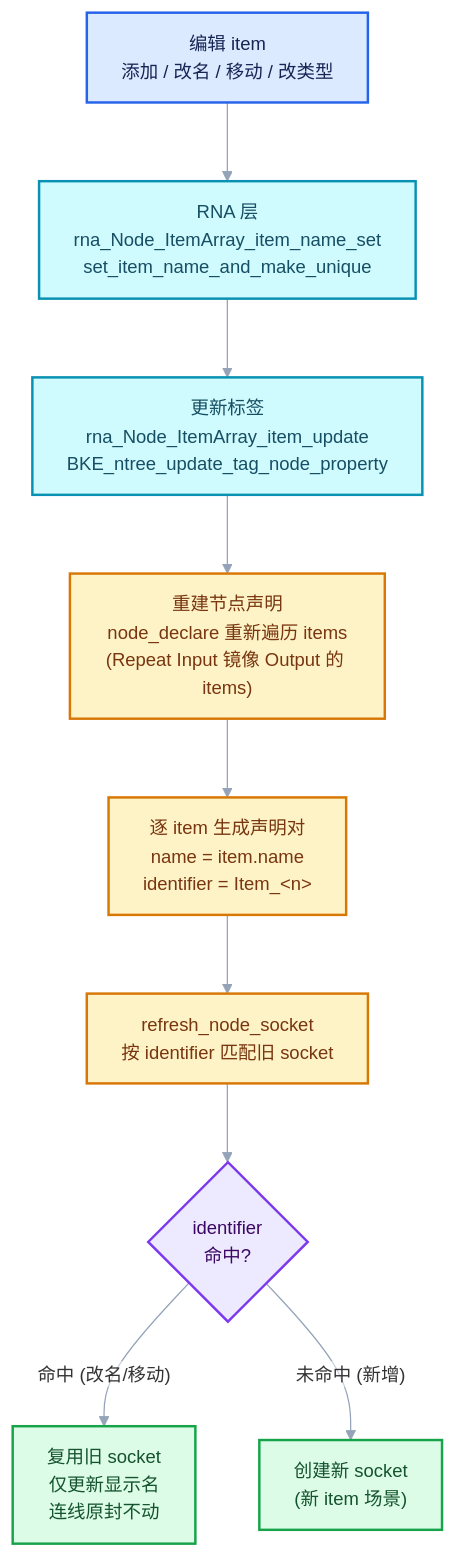
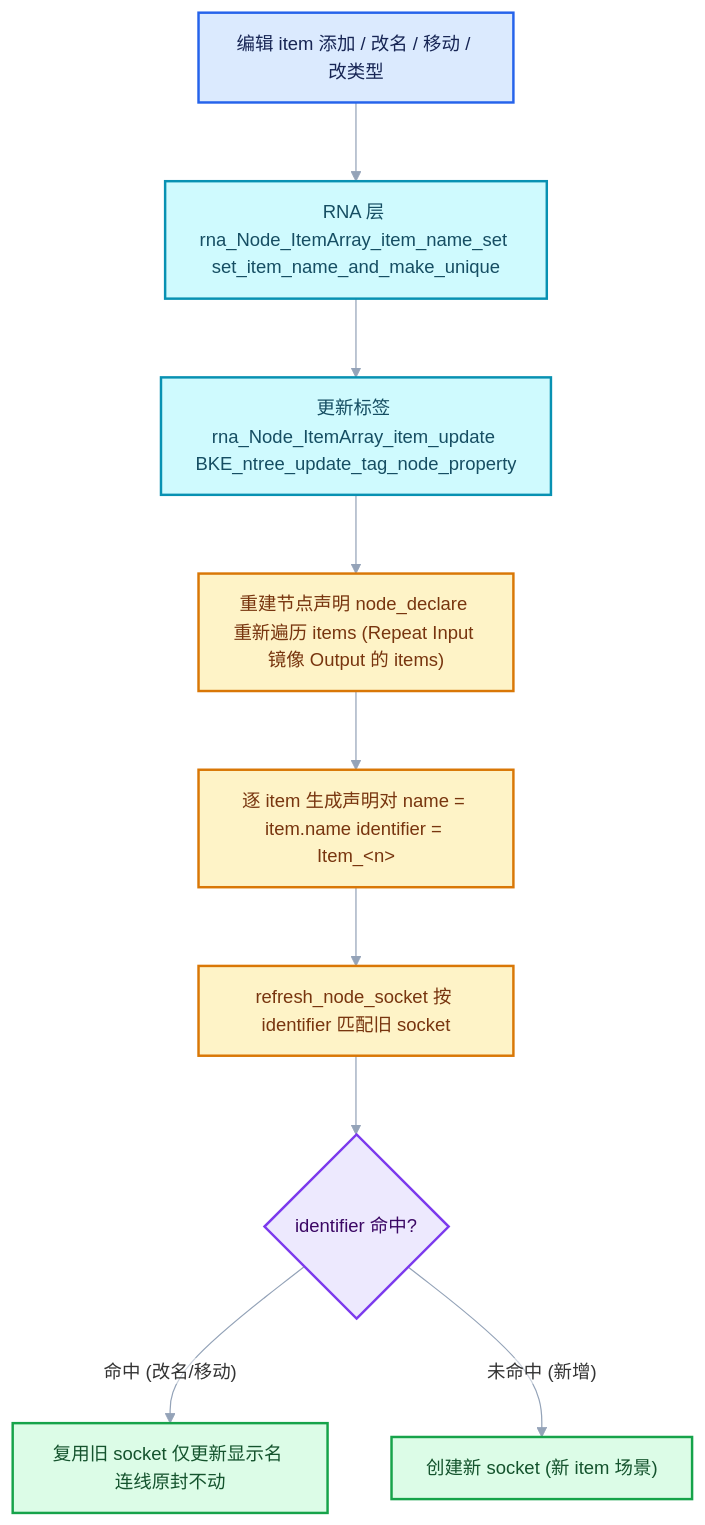
The first of 3 diagrams in 杂/markdown/重复区域-dsh/01-Zone系统基础/02-Zone输入输出与bundle迁移语义.md (yunkezengren/blender-.vscode), drawn with Mermaid before and after one commit. The commit also changed other lines of this file and 27 other files, not shown here.

````diff
--- a/杂/markdown/重复区域-dsh/01-Zone系统基础/02-Zone输入输出与bundle迁移语义.md
+++ b/杂/markdown/重复区域-dsh/01-Zone系统基础/02-Zone输入输出与bundle迁移语义.md
@@ -614,27 +605,27 @@
 ```mermaid
 %%{init: {"theme":"base","themeVariables":{"fontFamily":"\"Segoe UI\",\"Microsoft YaHei\",sans-serif","fontSize":"15px","lineColor":"#94A3B8","edgeLabelBackground":"#FFFFFF","clusterBkg":"#F8FAFC","clusterBorder":"#CBD5E1"},"flowchart":{"htmlLabels":false,"curve":"basis","nodeSpacing":52,"rankSpacing":64,"padding":14,"diagramPadding":16,"useMaxWidth":true},"sequence":{"useMaxWidth":true,"wrap":true,"mirrorActors":false,"messageMargin":36}}}%%
 flowchart TB
-    A["编辑 item<br/>添加 / 改名 / 移动 / 改类型"]:::input
-    B["RNA 层<br/>rna_Node_ItemArray_item_name_set<br/>set_item_name_and_make_unique"]:::data
-    C["更新标签<br/>rna_Node_ItemArray_item_update<br/>BKE_ntree_update_tag_node_property"]:::data
-    D["重建节点声明<br/>node_declare 重新遍历 items<br/>(Repeat Input 镜像 Output 的 items)"]:::compute
-    E["逐 item 生成声明对<br/>name = item.name<br/>identifier = Item_&lt;n&gt;"]:::compute
-    F["refresh_node_socket<br/>按 identifier 匹配旧 socket"]:::compute
-    G{"identifier<br/>命中?"}:::abstraction
-    H["复用旧 socket<br/>仅更新显示名<br/>连线原封不动"]:::result
-    I["创建新 socket<br/>(新 item 场景)"]:::result
+    A["编辑 item 添加 / 改名 / 移动 / 改类型"]:::input
+    B["RNA 层 rna_Node_ItemArray_item_name_set set_item_name_and_make_unique"]:::data
+    C["更新标签 rna_Node_ItemArray_item_update BKE_ntree_update_tag_node_property"]:::data
+    D["重建节点声明 node_declare 重新遍历 items (Repeat Input 镜像 Output 的 items)"]:::compute
+    E["逐 item 生成声明对 name = item.name identifier = Item_&lt;n&gt;"]:::compute
+    F["refresh_node_socket 按 identifier 匹配旧 socket"]:::compute
+    G{"identifier 命中?"}:::abstraction
+    H["复用旧 socket 仅更新显示名 连线原封不动"]:::result
+    I["创建新 socket (新 item 场景)"]:::result
     A --> B
     B --> C
     C --> D
     D --> E
     E --> F
     F --> G
     G -->|"命中 (改名/移动)"| H
     G -->|"未命中 (新增)"| I
     classDef input fill:#DBEAFE,stroke:#2563EB,color:#172554,stroke-width:2px;
     classDef data fill:#CFFAFE,stroke:#0891B2,color:#164E63,stroke-width:2px;
     classDef abstraction fill:#EDE9FE,stroke:#7C3AED,color:#3B0764,stroke-width:2px;
     classDef compute fill:#FEF3C7,stroke:#D97706,color:#78350F,stroke-width:2px;
     classDef result fill:#DCFCE7,stroke:#16A34A,color:#14532D,stroke-width:2px;
     classDef error fill:#FEE2E2,stroke:#DC2626,color:#7F1D1D,stroke-width:2px;
 ```
````
